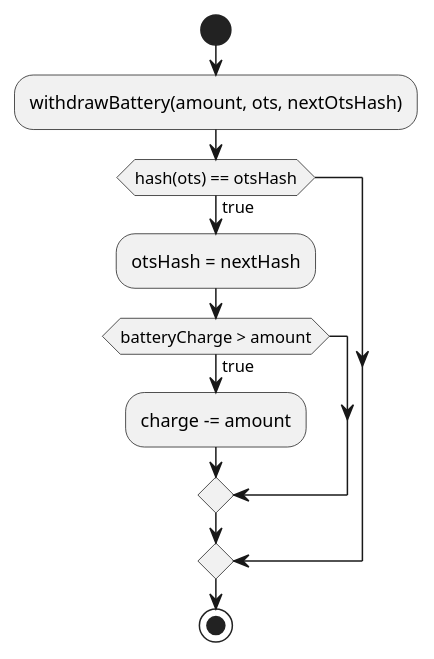
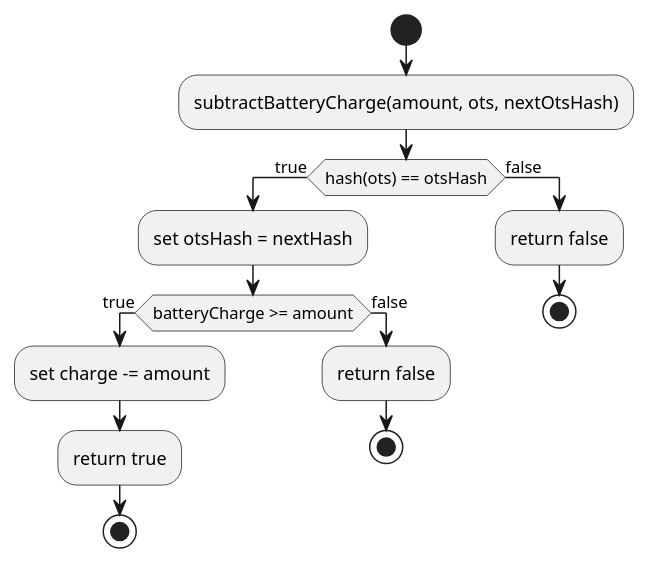
One commit to antonoeschmidt/SmartGridEmpowered changed the diagram in docs/activitydiagram/withdraw.puml. Above: the diagram before and after it, drawn with PlantUML. The commit also changed 1 other file, not shown here.

```diff
--- a/docs/activitydiagram/withdraw.puml
+++ b/docs/activitydiagram/withdraw.puml
@@ -1,11 +1,19 @@
 @startuml withdraw battery
 start
-:withdrawBattery(amount, ots, nextOtsHash);
+:subtractBatteryCharge(amount, ots, nextOtsHash);
 if (hash(ots) == otsHash) then (true)
-:otsHash = nextHash;
-    if (batteryCharge > amount) then (true)
-        :charge -= amount;
+:set otsHash = nextHash;
+    if (batteryCharge >= amount) then (true)
+        :set charge -= amount;
+        :return true;
+        stop
+    else (false)
+        :return false;
+        stop
     endif
+else (false)
+    :return false;
+    stop
 endif
-stop
+' stop
 @enduml
```
